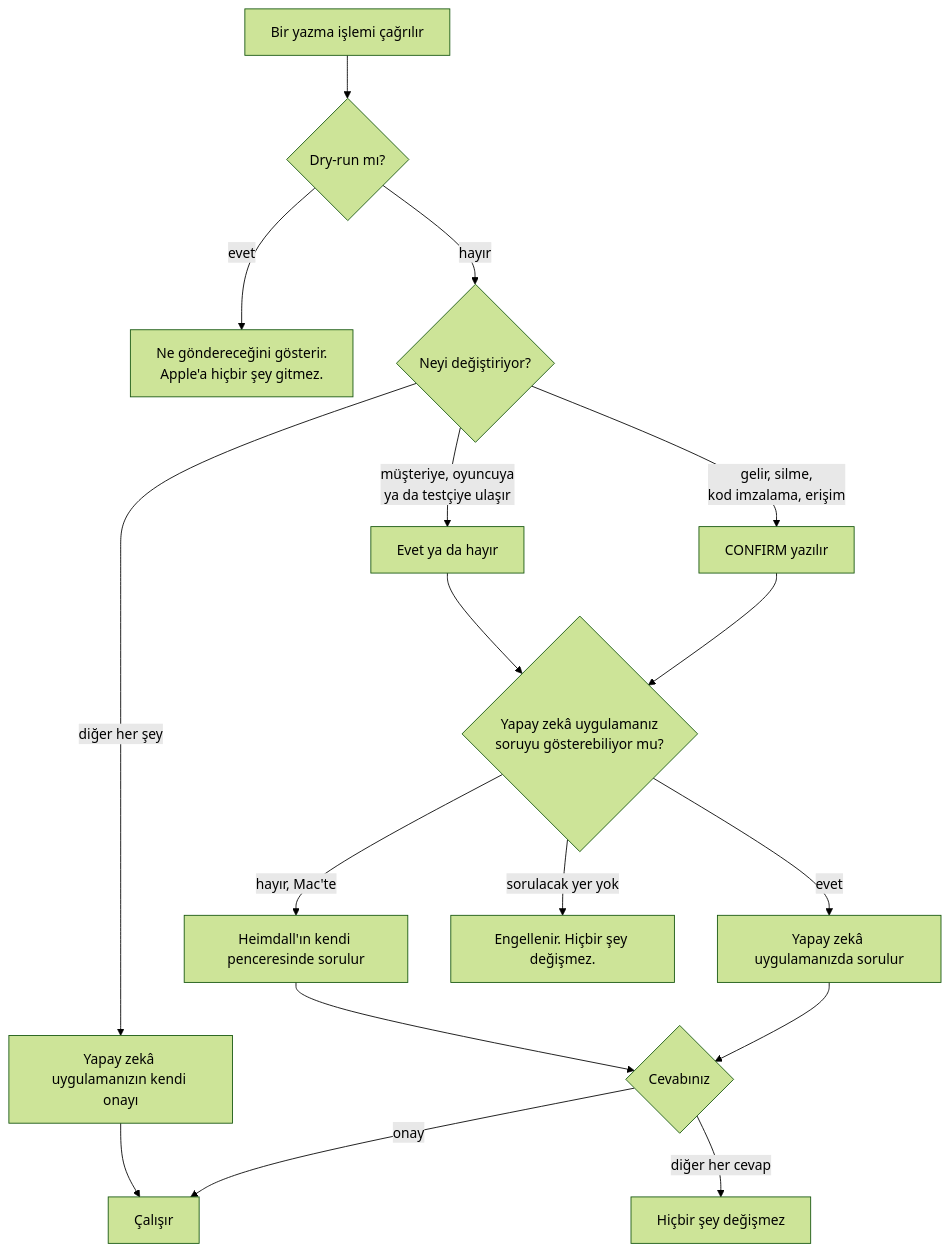
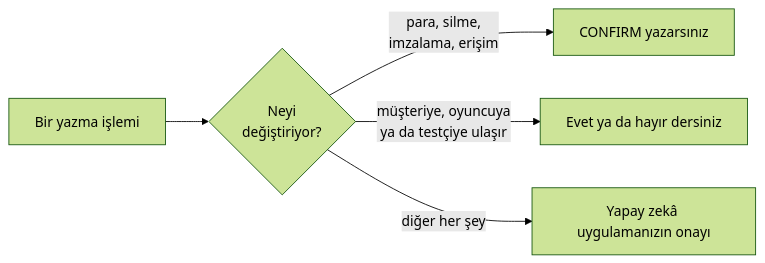
One commit to erayendes/app-store-connect-mcp changed the second of 2 diagrams in docs/README_tr.md. Above: the diagram before and after it, drawn with Mermaid (forest theme). The commit also changed other lines of this file and 8 other files, not shown here.

First line of the commit message:
docs: show the 3.0 images, and a confirmation flow at a human size

````diff
--- a/docs/README_tr.md
+++ b/docs/README_tr.md
@@ -93,19 +93,7 @@
 ```mermaid
-flowchart TD
-  call["Bir yazma işlemi çağrılır"] --> dry{"Dry-run mı?"}
-  dry -- evet --> preview["Ne göndereceğini gösterir.<br/>Apple'a hiçbir şey gitmez."]
-  dry -- hayır --> level{"Neyi değiştiriyor?"}
-  level -- "gelir, silme,<br/>kod imzalama, erişim" --> strong["CONFIRM yazılır"]
-  level -- "müşteriye, oyuncuya<br/>ya da testçiye ulaşır" --> yesno["Evet ya da hayır"]
-  level -- "diğer her şey" --> client["Yapay zekâ uygulamanızın kendi onayı"]
-  strong --> where{"Yapay zekâ uygulamanız<br/>soruyu gösterebiliyor mu?"}
-  yesno --> where
-  where -- evet --> form["Yapay zekâ uygulamanızda sorulur"]
-  where -- "hayır, Mac'te" --> dialog["Heimdall'ın kendi penceresinde sorulur"]
-  where -- "sorulacak yer yok" --> blocked["Engellenir. Hiçbir şey değişmez."]
-  form --> answer{"Cevabınız"}
-  dialog --> answer
-  answer -- onay --> run["Çalışır"]
-  answer -- "diğer her cevap" --> stop["Hiçbir şey değişmez"]
-  client --> run
+flowchart LR
+  w["Bir yazma işlemi"] --> q{"Neyi<br/>değiştiriyor?"}
+  q -->|"para, silme,<br/>imzalama, erişim"| c["CONFIRM yazarsınız"]
+  q -->|"müşteriye, oyuncuya<br/>ya da testçiye ulaşır"| y["Evet ya da hayır dersiniz"]
+  q -->|"diğer her şey"| a["Yapay zekâ uygulamanızın onayı"]
 ```
````
